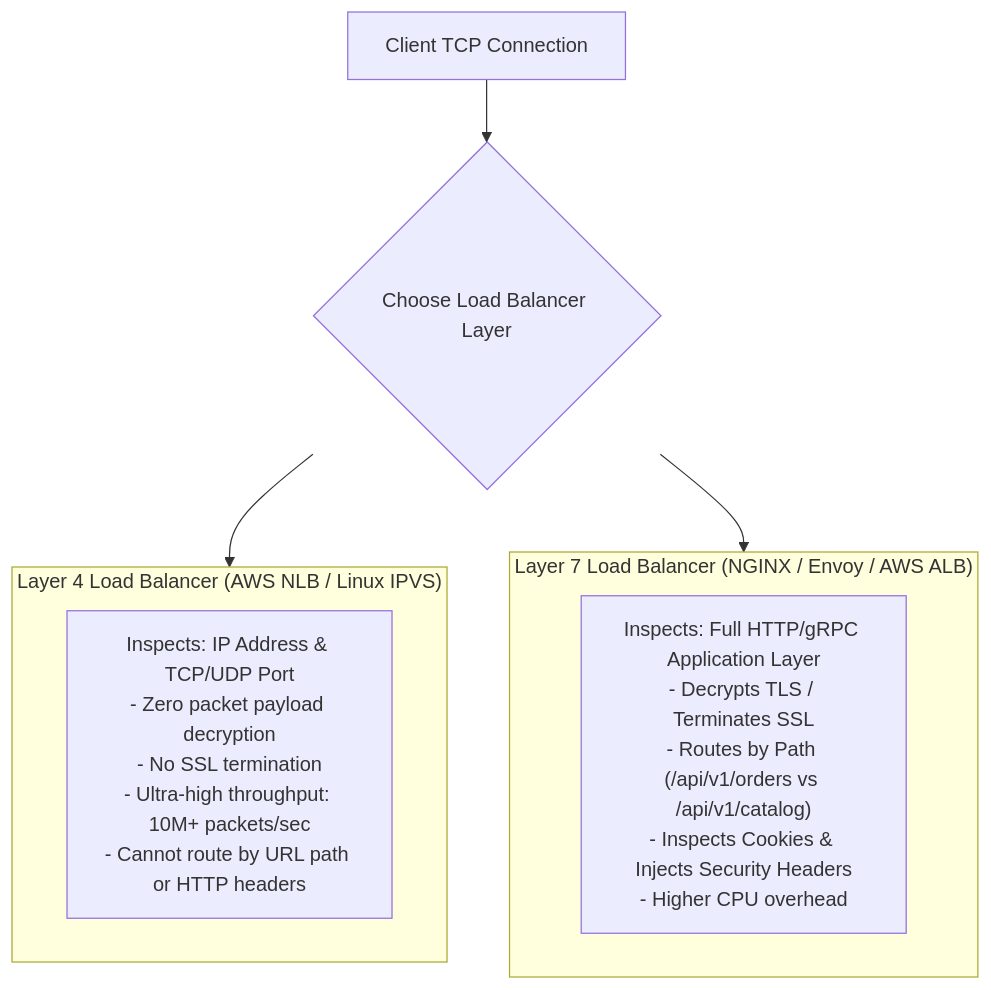
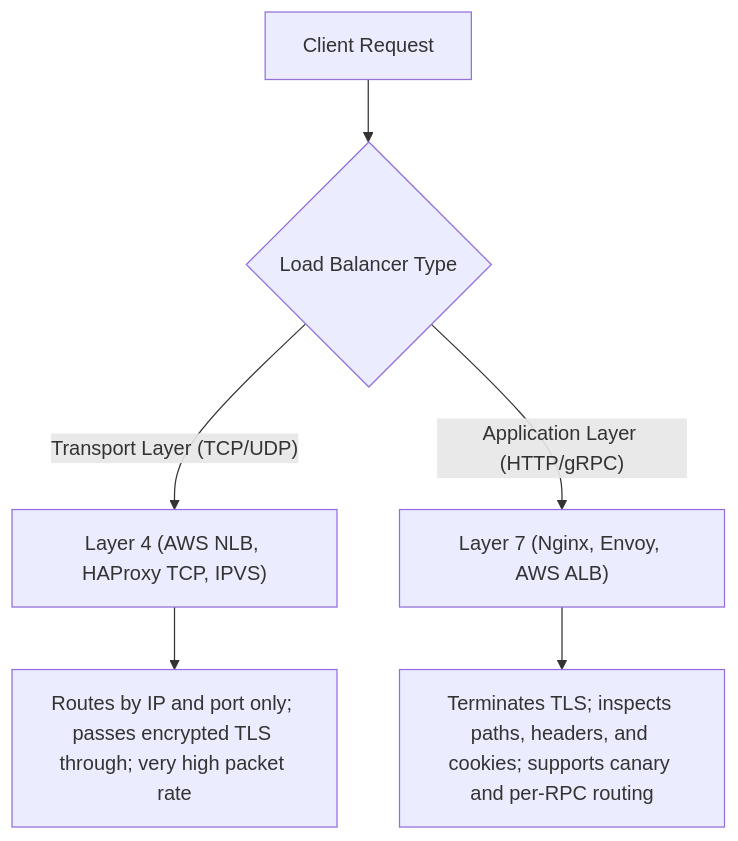
The second of 5 diagrams in content/roadmap/level-13/system-design-scalability-patterns.md (ravishankar2463/java_hub), drawn with Mermaid before and after one commit. The commit also changed other lines of this file and 119 other files, not shown here.

Commit message:
feat: add comprehensive java learning roadmap content across multiple levels

````diff
--- a/content/roadmap/level-13/system-design-scalability-patterns.md
+++ b/content/roadmap/level-13/system-design-scalability-patterns.md
@@ -82,23 +57,10 @@
 ```mermaid
 flowchart TD
-    Client["Client TCP Connection"] --> LBType{"Choose Load Balancer Layer"}
+    client["Client Request"] --> lb{"Load Balancer Type"}
 
-    subgraph Layer4 ["Layer 4 Load Balancer (AWS NLB / Linux IPVS)"]
-        L4["Inspects: IP Address & TCP/UDP Port
-- Zero packet payload decryption
-- No SSL termination
-- Ultra-high throughput: 10M+ packets/sec
-- Cannot route by URL path or HTTP headers"]
-    end
+    lb -->|"Transport Layer (TCP/UDP)"| l4["Layer 4 (AWS NLB, HAProxy TCP, IPVS)"]
+    lb -->|"Application Layer (HTTP/gRPC)"| l7["Layer 7 (Nginx, Envoy, AWS ALB)"]
 
-    subgraph Layer7 ["Layer 7 Load Balancer (NGINX / Envoy / AWS ALB)"]
-        L7["Inspects: Full HTTP/gRPC Application Layer
-- Decrypts TLS / Terminates SSL
-- Routes by Path (/api/v1/orders vs /api/v1/catalog)
-- Inspects Cookies & Injects Security Headers
-- Higher CPU overhead"]
-    end
-
-    LBType --> Layer4
-    LBType --> Layer7
+    l4 --> l4Notes["Routes by IP and port only; passes encrypted TLS through; very high packet rate"]
+    l7 --> l7Notes["Terminates TLS; inspects paths, headers, and cookies; supports canary and per-RPC routing"]
 ```
````
